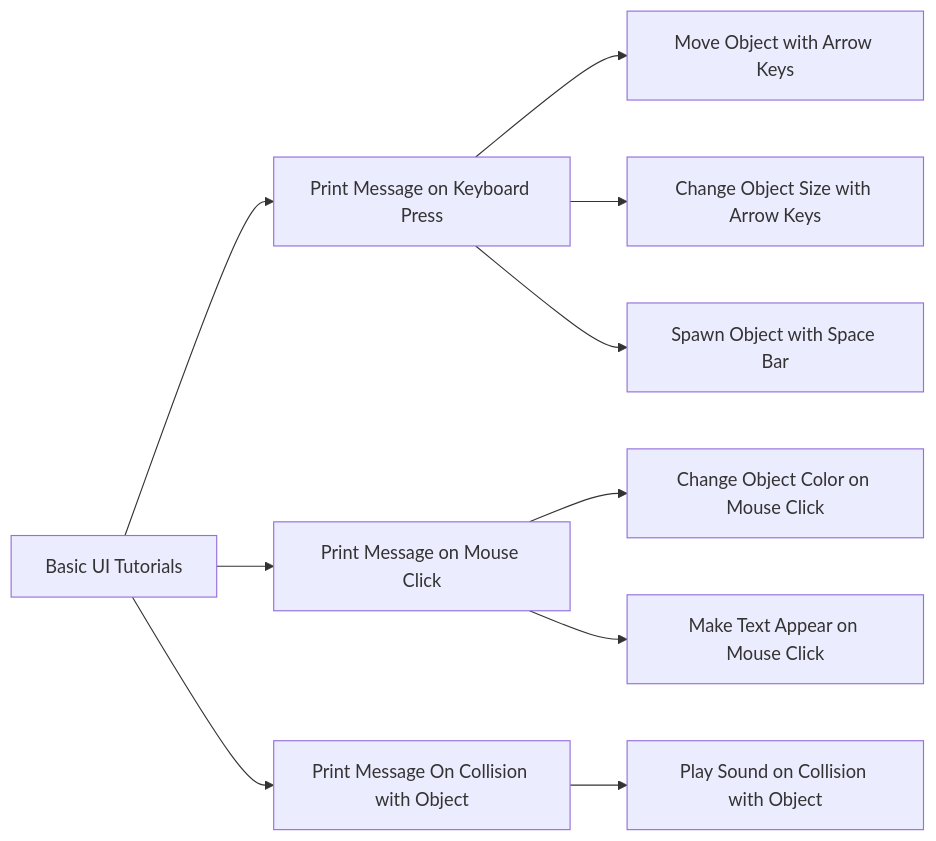
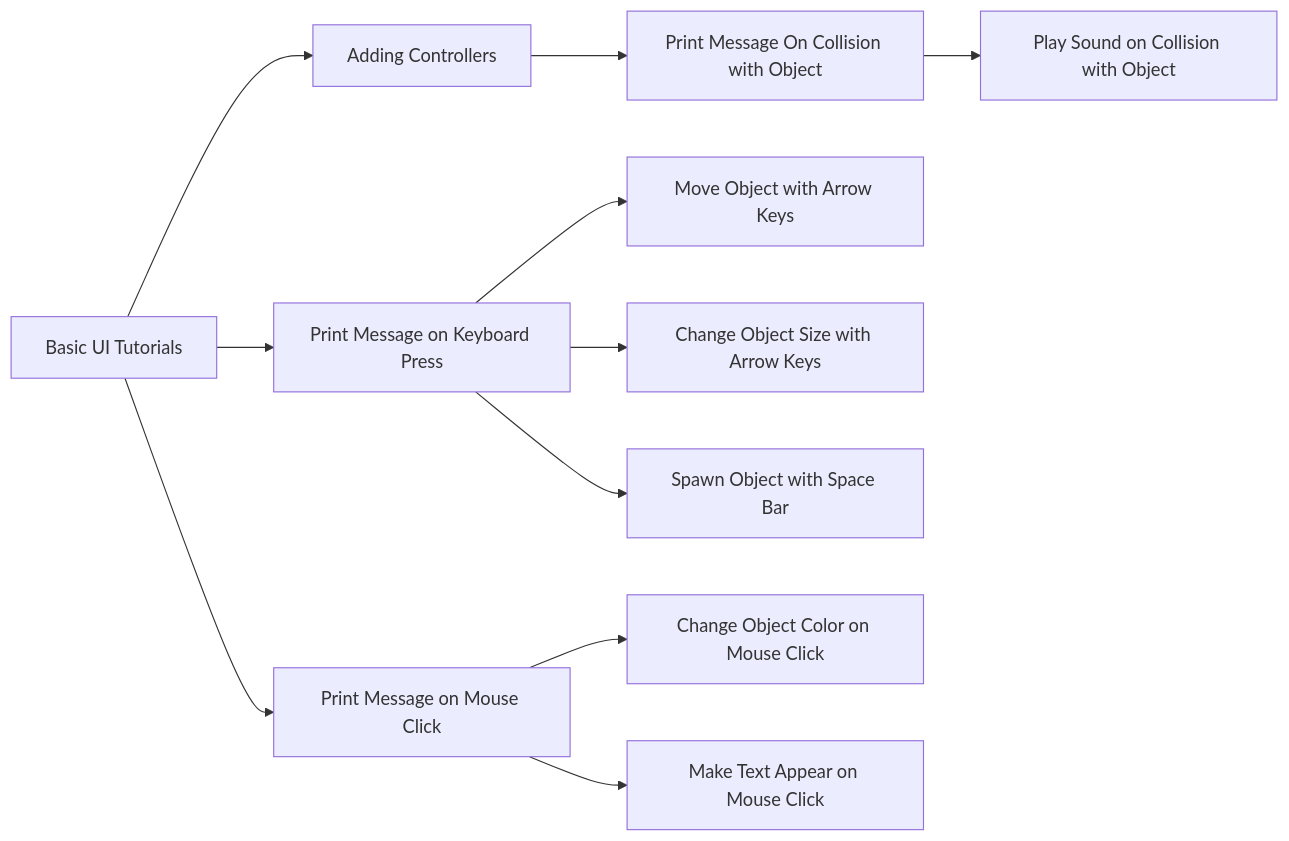
The diagram in data/work/realityLab-unity-scripting-tutorials.md (learninglab-dev/the-resources), drawn with Mermaid before and after one commit. The commit also changed other lines of this file, not shown here.

````diff
--- a/data/work/realityLab-unity-scripting-tutorials.md
+++ b/data/work/realityLab-unity-scripting-tutorials.md
@@ -8,14 +8,15 @@
 ```mermaid
 graph LR
 A[Basic UI Tutorials] --> B[Print Message on Keyboard Press]
 A --> H[Print Message on Mouse Click]
-A --> C[Print Message On Collision with Object]
+A -->K[Adding Controllers]
+K-->C[Print Message On Collision with Object]
 B --> J[Move Object with Arrow Keys]
 B --> D[Change Object Size with Arrow Keys]
 B --> E[Spawn Object with Space Bar]
 H --> F[Change Object Color on Mouse Click]
 H --> I[Make Text Appear on Mouse Click]
 C --> G[Play Sound on Collision with Object]
 
 
 ```
````
